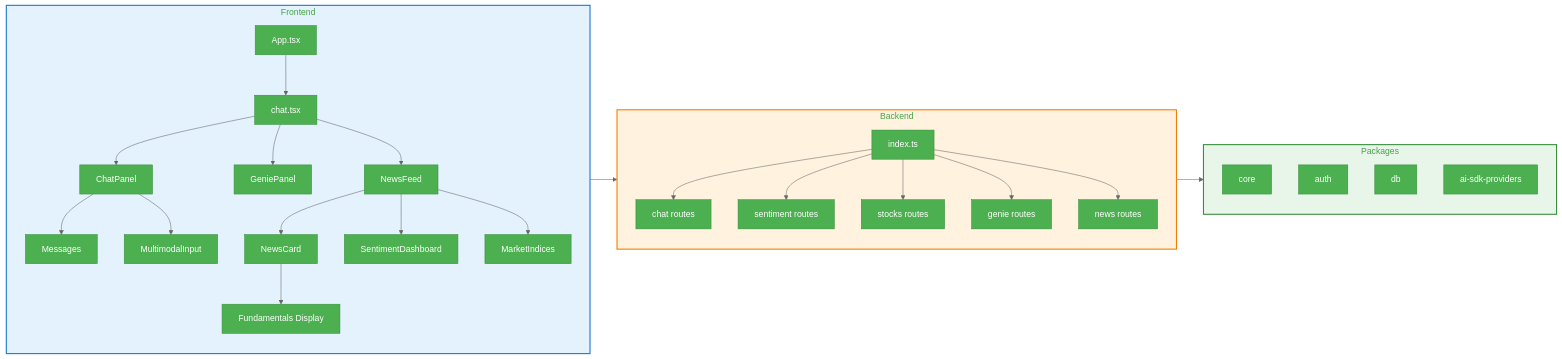
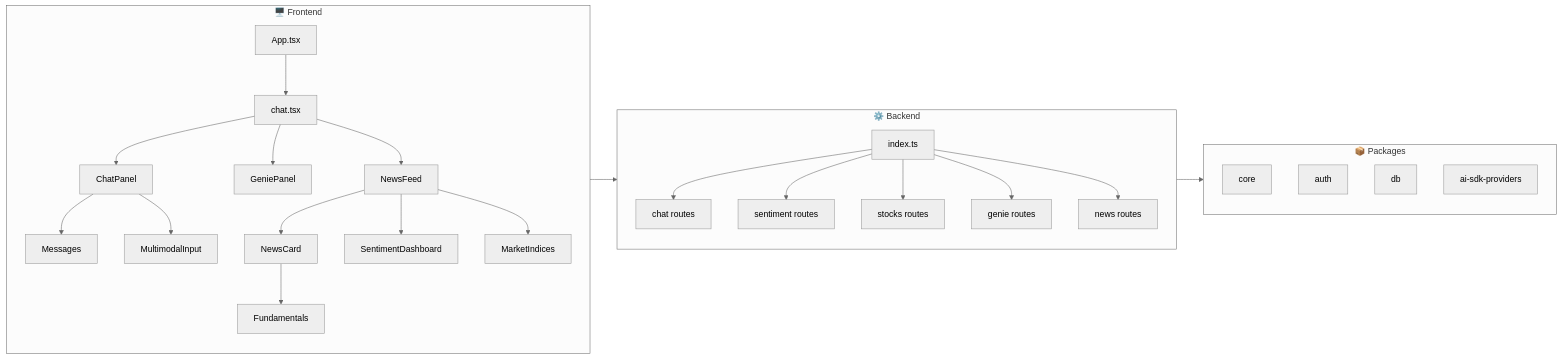
One commit to AnanyaDBJ/equity-analyst-app-agent changed the third of 3 diagrams in README.md. Above: the diagram before and after it, drawn with Mermaid. The commit also changed other lines of this file, not shown here.

Commit message:
docs: Use neutral Mermaid theme for better GitHub rendering

````diff
--- a/README.md
+++ b/README.md
@@ -148,43 +142,39 @@
 ```mermaid
-%%{init: {'theme': 'base', 'themeVariables': { 'primaryColor': '#4CAF50', 'primaryTextColor': '#fff', 'primaryBorderColor': '#388E3C', 'lineColor': '#666', 'background': '#ffffff'}}}%%
+%%{init: {'theme': 'neutral'}}%%
 flowchart LR
-    subgraph Frontend
+    subgraph Frontend ["🖥️ Frontend"]
         App[App.tsx]
         App --> Chat[chat.tsx]
         Chat --> CP[ChatPanel]
         Chat --> GP[GeniePanel]
         Chat --> NF[NewsFeed]
 
         CP --> Msg[Messages]
         CP --> Input[MultimodalInput]
 
         NF --> NC[NewsCard]
         NF --> SD[SentimentDashboard]
         NF --> MI[MarketIndices]
 
-        NC --> Fund[Fundamentals Display]
+        NC --> Fund[Fundamentals]
     end
 
-    subgraph Backend
+    subgraph Backend ["⚙️ Backend"]
         Index[index.ts]
         Index --> ChatR["chat routes"]
         Index --> SentR["sentiment routes"]
         Index --> StockR["stocks routes"]
         Index --> GenieR["genie routes"]
         Index --> NewsR["news routes"]
     end
 
-    subgraph Packages
+    subgraph Packages ["📦 Packages"]
         Core[core]
         AuthPkg[auth]
         DB[db]
         AIProviders[ai-sdk-providers]
     end
 
     Frontend --> Backend
     Backend --> Packages
-
-    style Frontend fill:#E3F2FD,stroke:#1976D2,stroke-width:2px
-    style Backend fill:#FFF3E0,stroke:#F57C00,stroke-width:2px
-    style Packages fill:#E8F5E9,stroke:#388E3C,stroke-width:2px
 ```
````
